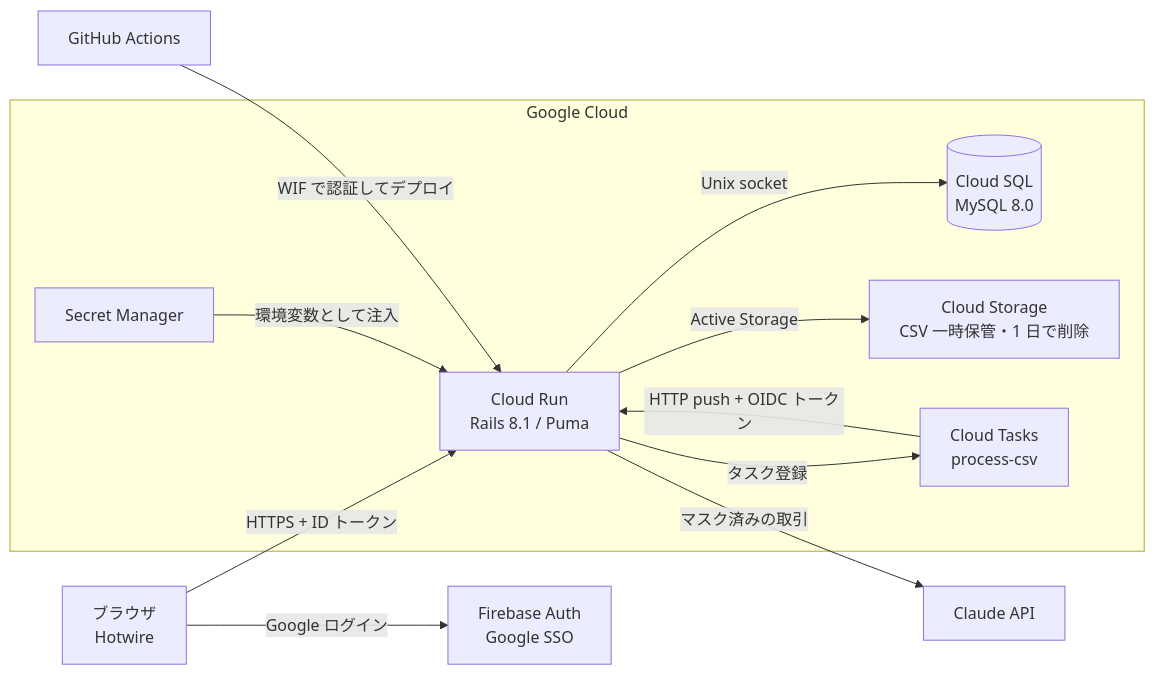
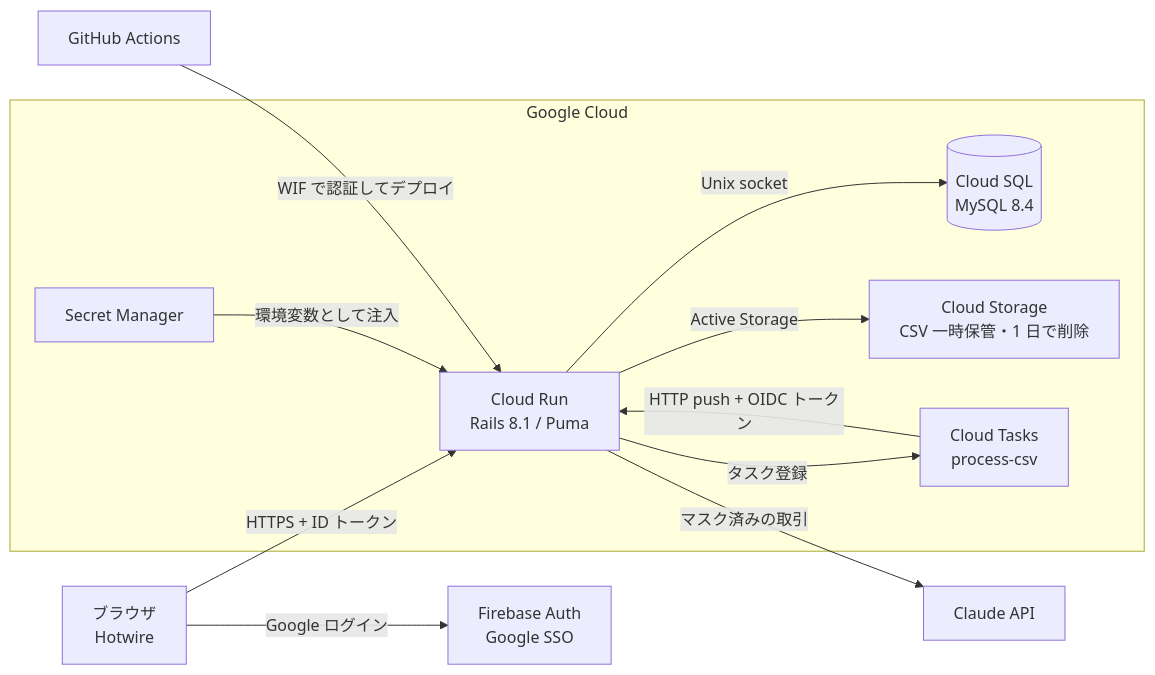
One commit to marukaty/subma changed the diagram in README.md. Above: the diagram before and after it, drawn with Mermaid. The commit also changed other lines of this file and 7 other files, not shown here.

First line of the commit message:
MySQL を 8.4 に更新（Cloud SQL・開発用・CI）

````diff
--- a/README.md
+++ b/README.md
@@ -13,24 +13,24 @@
 ```mermaid
 graph LR
   Browser[ブラウザ<br/>Hotwire]
   Auth[Firebase Auth<br/>Google SSO]
   subgraph GCP["Google Cloud"]
     Run[Cloud Run<br/>Rails 8.1 / Puma]
-    SQL[(Cloud SQL<br/>MySQL 8.0)]
+    SQL[(Cloud SQL<br/>MySQL 8.4)]
     GCS[Cloud Storage<br/>CSV 一時保管・1 日で削除]
     SM[Secret Manager]
     Tasks[Cloud Tasks<br/>process-csv]
   end
   Claude[Claude API]
   GHA[GitHub Actions]
 
   Browser -->|Google ログイン| Auth
   Browser -->|HTTPS + ID トークン| Run
   Run -->|Unix socket| SQL
   Run -->|Active Storage| GCS
   SM -->|環境変数として注入| Run
   Run -->|タスク登録| Tasks
   Tasks -->|HTTP push + OIDC トークン| Run
   Run -->|マスク済みの取引| Claude
   GHA -->|WIF で認証してデプロイ| Run
 ```
````
